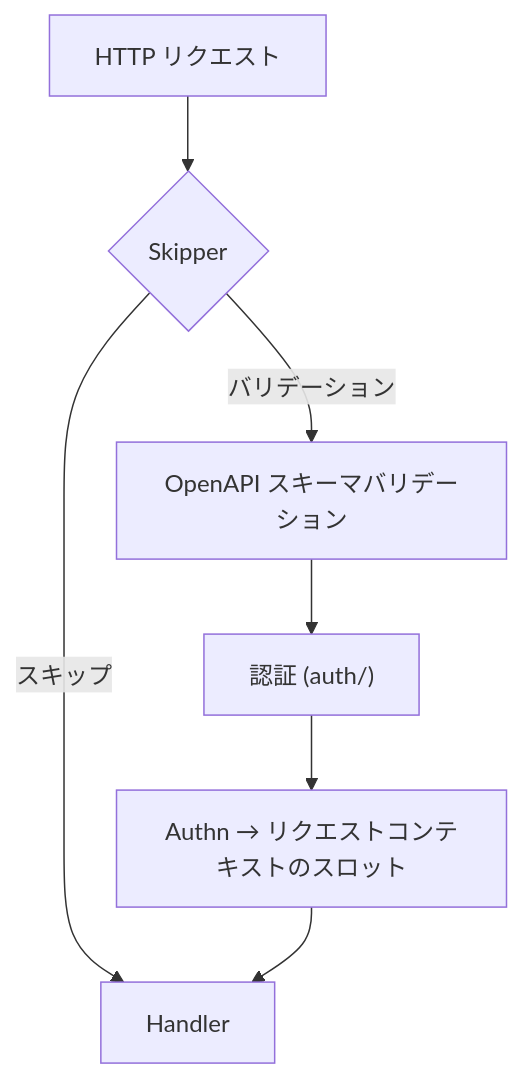
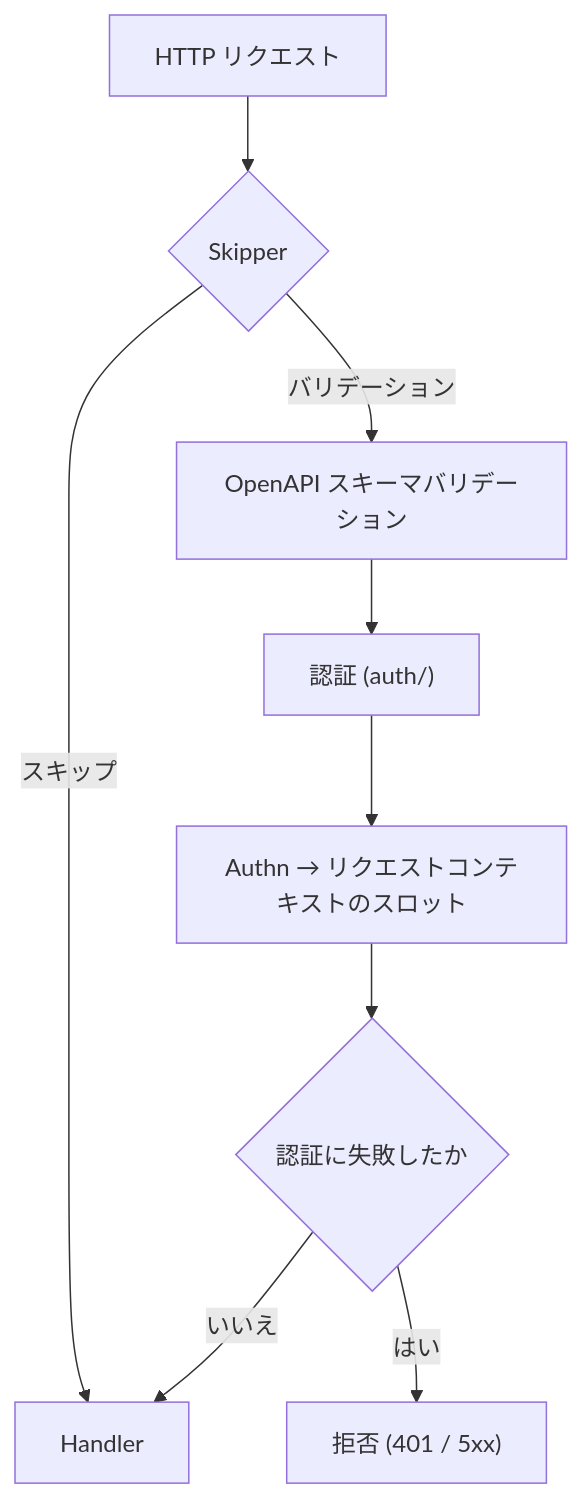
One commit to Tomy-ch/go-boilerplate changed the diagram in internal/controller/httpstack/oapi/README.ja.md. Above: the diagram before and after it, drawn with Mermaid. The commit also changed other lines of this file and 12 other files, not shown here.

````diff
--- a/internal/controller/httpstack/oapi/README.ja.md
+++ b/internal/controller/httpstack/oapi/README.ja.md
@@ -11,15 +11,18 @@
 ```mermaid
 flowchart TB
     Request["HTTP リクエスト"]
     Skipper{"Skipper"}
     Validate["OpenAPI スキーマバリデーション"]
     Auth["認証 (auth/)"]
     Authn["Authn → リクエストコンテキストのスロット"]
     Handler["Handler"]
+    FailClosed{"認証に失敗したか"}
 
     Request --> Skipper
     Skipper -- スキップ --> Handler
     Skipper -- バリデーション --> Validate
     Validate --> Auth
-    Auth --> Authn --> Handler
+    Auth --> Authn --> FailClosed
+    FailClosed -- はい --> Deny["拒否 (401 / 5xx)"]
+    FailClosed -- いいえ --> Handler
 ```
````
